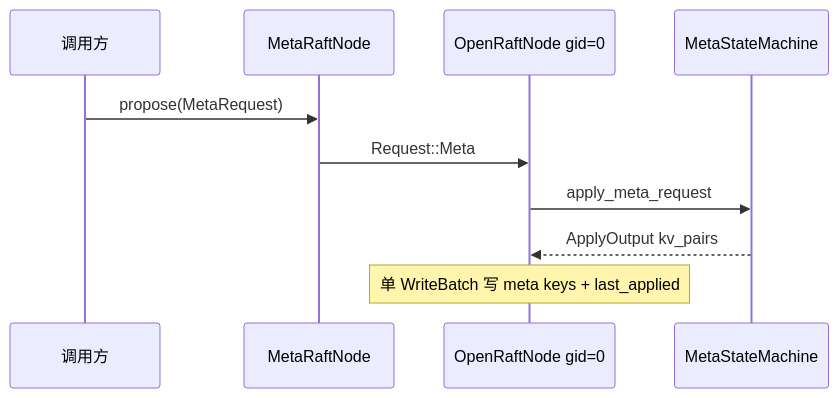
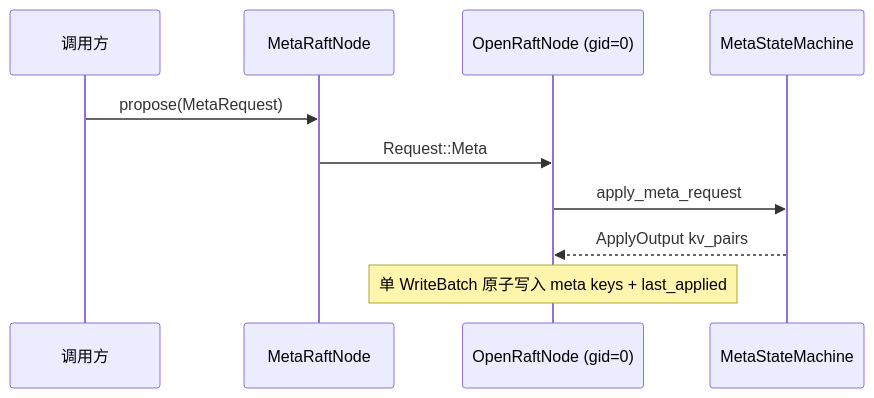
The second of 4 diagrams in docs/modules/03-cluster.md (Genuineh/AiDb), drawn with Mermaid before and after one commit. The commit also changed other lines of this file and 15 other files, not shown here.

````diff
--- a/docs/modules/03-cluster.md
+++ b/docs/modules/03-cluster.md
@@ -111,13 +112,13 @@
 ```mermaid
 sequenceDiagram
-  participant C as 调用方
-  participant MR as MetaRaftNode
-  participant ORN as OpenRaftNode gid=0
-  participant MSM as MetaStateMachine
+    participant C as 调用方
+    participant MR as MetaRaftNode
+    participant ORN as OpenRaftNode (gid=0)
+    participant MSM as MetaStateMachine
 
-  C->>MR: propose(MetaRequest)
-  MR->>ORN: Request::Meta
-  ORN->>MSM: apply_meta_request
-  MSM-->>ORN: ApplyOutput kv_pairs
-  Note over ORN: 单 WriteBatch 写 meta keys + last_applied
+    C->>MR: propose(MetaRequest)
+    MR->>ORN: Request::Meta
+    ORN->>MSM: apply_meta_request
+    MSM-->>ORN: ApplyOutput kv_pairs
+    Note over ORN: 单 WriteBatch 原子写入 meta keys + last_applied
 ```
````
